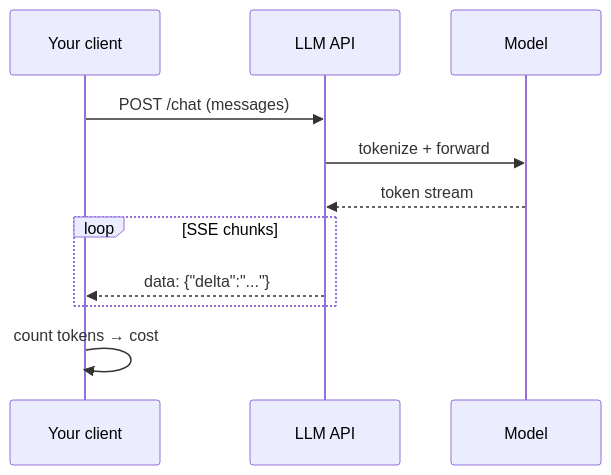
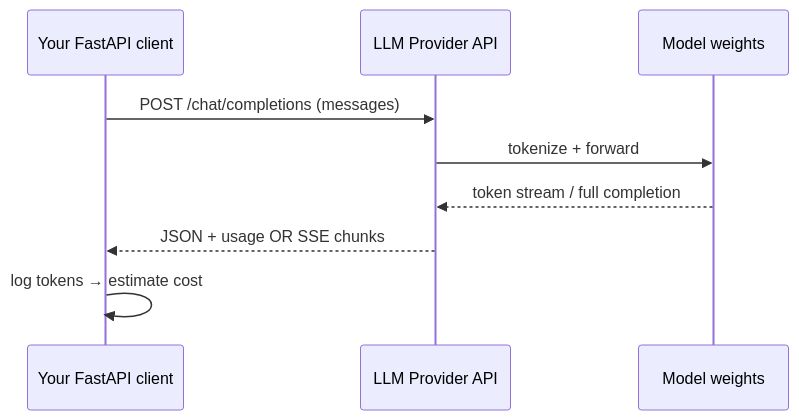
One commit to codevoks/Learning changed the first of 5 diagrams in AI/AI Development/modules/01-llm-apis/MODULE.md. Above: the diagram before and after it, drawn with Mermaid. The commit also changed other lines of this file and 32 other files, not shown here.

````diff
--- a/AI/AI Development/modules/01-llm-apis/MODULE.md
+++ b/AI/AI Development/modules/01-llm-apis/MODULE.md
@@ -18,13 +222,11 @@
 ```mermaid
 sequenceDiagram
-    participant App as Your client
-    participant API as LLM API
-    participant Model as Model
-    App->>API: POST /chat (messages)
+    participant App as Your FastAPI client
+    participant API as LLM Provider API
+    participant Model as Model weights
+    App->>API: POST /chat/completions (messages)
     API->>Model: tokenize + forward
-    Model-->>API: token stream
-    loop SSE chunks
-        API-->>App: data: {"delta":"..."}
-    end
-    App->>App: count tokens → cost
+    Model-->>API: token stream / full completion
+    API-->>App: JSON + usage OR SSE chunks
+    App->>App: log tokens → estimate cost
 ```
````
